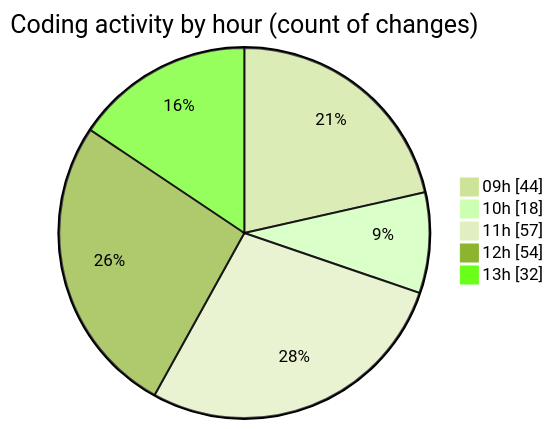
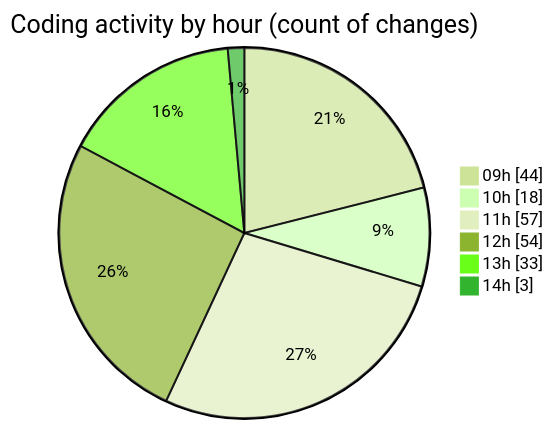
The second of 2 diagrams in 2026-08-07/cda/README.md (momahboobian/code-tracking), drawn with Mermaid (forest theme) before and after one commit. The commit also changed other lines of this file and 1 other file, not shown here.

````diff
--- a/2026-08-07/cda/README.md
+++ b/2026-08-07/cda/README.md
@@ -47,9 +47,10 @@
 ```mermaid
 pie showData
 title Coding activity by hour (count of changes)
 "09h" : 44
 "10h" : 18
 "11h" : 57
 "12h" : 54
-"13h" : 32
+"13h" : 33
+"14h" : 3
 ```
````
